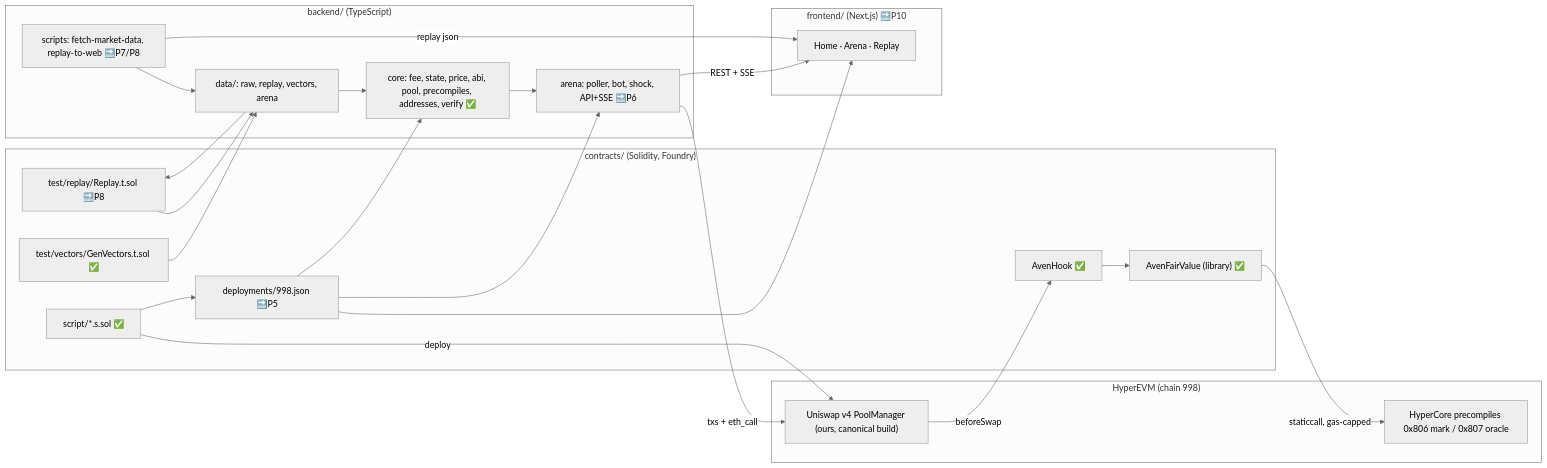
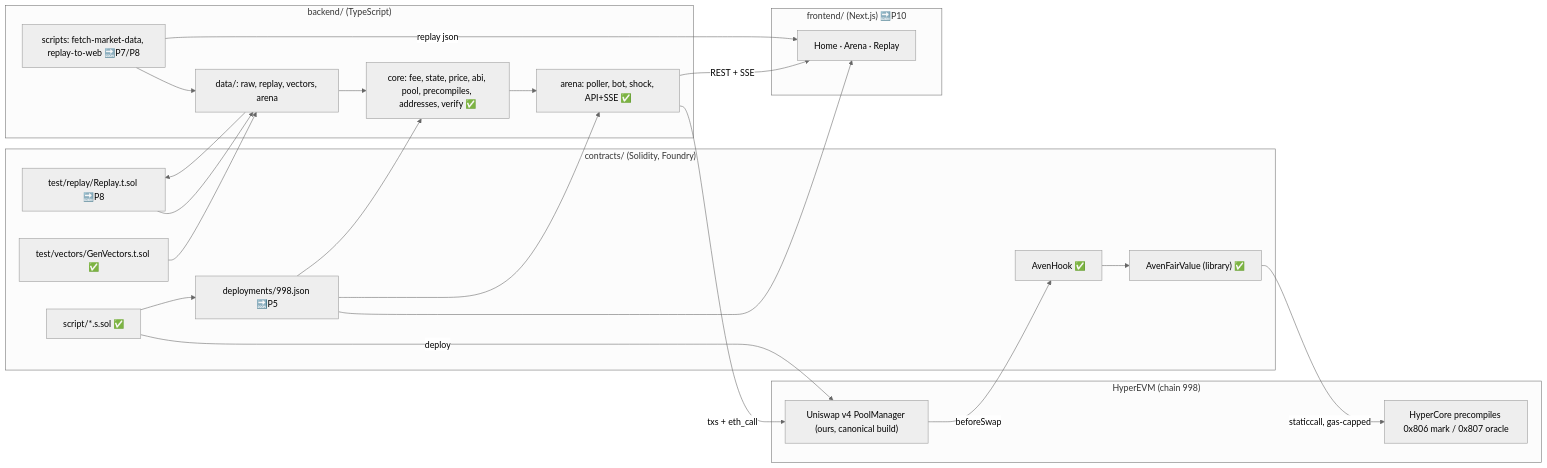
One commit to SATISH-JALAN/Aven changed the diagram in docs/FLOW.md. Above: the diagram before and after it, drawn with Mermaid (neutral theme). The commit also changed other lines of this file and 22 other files, not shown here.

First line of the commit message:
feat(arena): Arena service (poller, arb bot, shock, stats, persistence, HTTP + SSE API)

````diff
--- a/docs/FLOW.md
+++ b/docs/FLOW.md
@@ -13,34 +13,34 @@
 ```mermaid
 flowchart LR
   subgraph contracts["contracts/ (Solidity, Foundry)"]
     FV["AvenFairValue (library) ✅"]
     HK["AvenHook ✅"]
     SC["script/*.s.sol ✅"]
     DEP["deployments/998.json 🔜P5"]
     REP["test/replay/Replay.t.sol 🔜P8"]
     VEC["test/vectors/GenVectors.t.sol ✅"]
   end
   subgraph chain["HyperEVM (chain 998)"]
     PM["Uniswap v4 PoolManager (ours, canonical build)"]
     PC["HyperCore precompiles 0x806 mark / 0x807 oracle"]
   end
   subgraph backend["backend/ (TypeScript)"]
     CORE["core: fee, state, price, abi, pool, precompiles, addresses, verify ✅"]
-    ARENA["arena: poller, bot, shock, API+SSE 🔜P6"]
+    ARENA["arena: poller, bot, shock, API+SSE ✅"]
     SCR["scripts: fetch-market-data, replay-to-web 🔜P7/P8"]
     DATA["data/: raw, replay, vectors, arena"]
   end
   subgraph frontend["frontend/ (Next.js) 🔜P10"]
     WEB["Home · Arena · Replay"]
   end
   SC -->|deploy| PM
   SC --> DEP
   PM -->|beforeSwap| HK --> FV -->|staticcall, gas-capped| PC
   DEP --> CORE & ARENA & WEB
   ARENA -->|txs + eth_call| PM
   ARENA -->|REST + SSE| WEB
   CORE --> ARENA
   VEC --> DATA --> CORE
   SCR --> DATA --> REP --> DATA
   SCR -->|replay json| WEB
 ```
````
